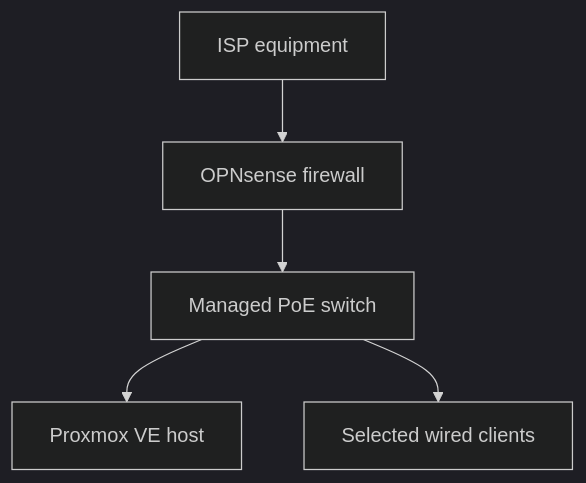
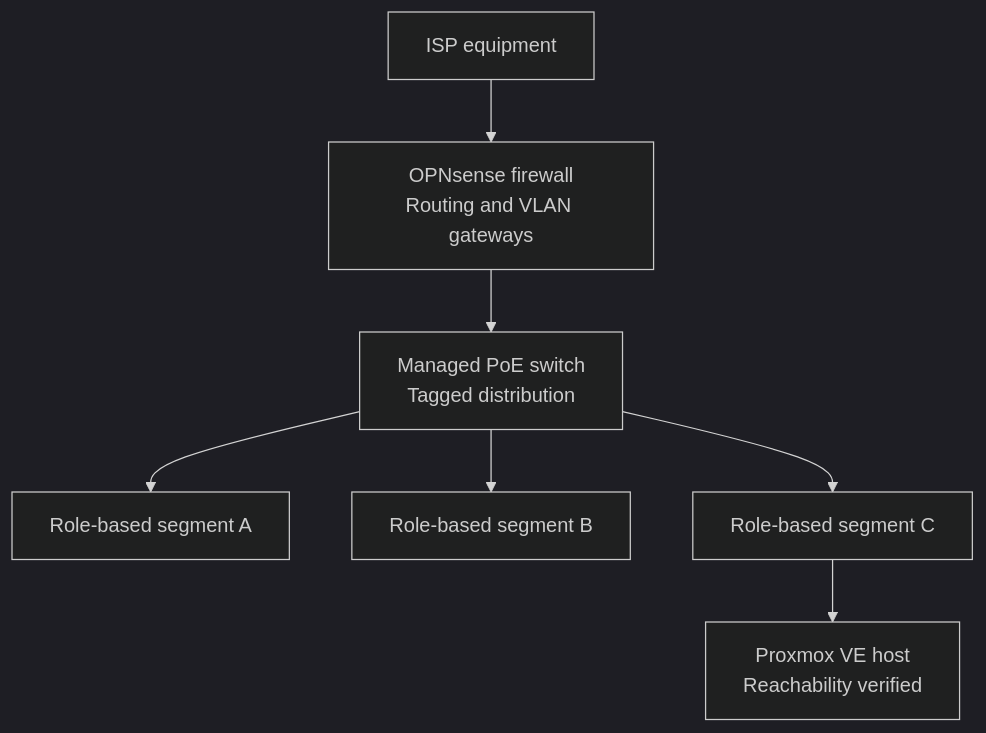
The diagram in docs/opnsense-deployment.md (DeadPol8789/homelab), drawn with Mermaid (dark theme) before and after one commit. The commit also changed other lines of this file and 9 other files, not shown here.

````diff
--- a/docs/opnsense-deployment.md
+++ b/docs/opnsense-deployment.md
@@ -36,7 +38,9 @@
 ```mermaid
 flowchart TD
-    ISP["ISP equipment"] --> FW["OPNsense firewall"]
-    FW --> SW["Managed PoE switch"]
-    SW --> PVE["Proxmox VE host"]
-    SW --> CLIENT["Selected wired clients"]
+    ISP["ISP equipment"] --> FW["OPNsense firewall<br/>Routing and VLAN gateways"]
+    FW --> SW["Managed PoE switch<br/>Tagged distribution"]
+    SW --> SEG_A["Role-based segment A"]
+    SW --> SEG_B["Role-based segment B"]
+    SW --> SEG_C["Role-based segment C"]
+    SEG_C --> PVE["Proxmox VE host<br/>Reachability verified"]
 ```
````
